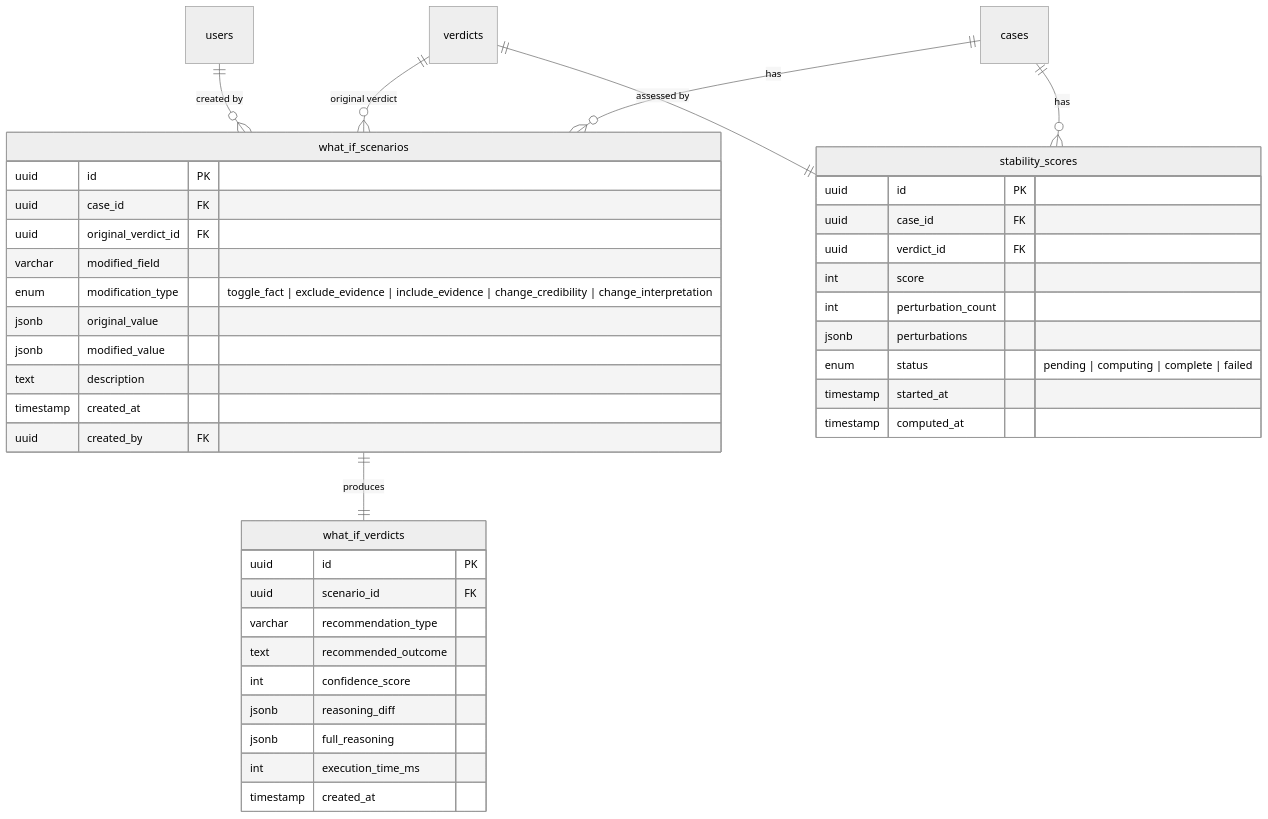
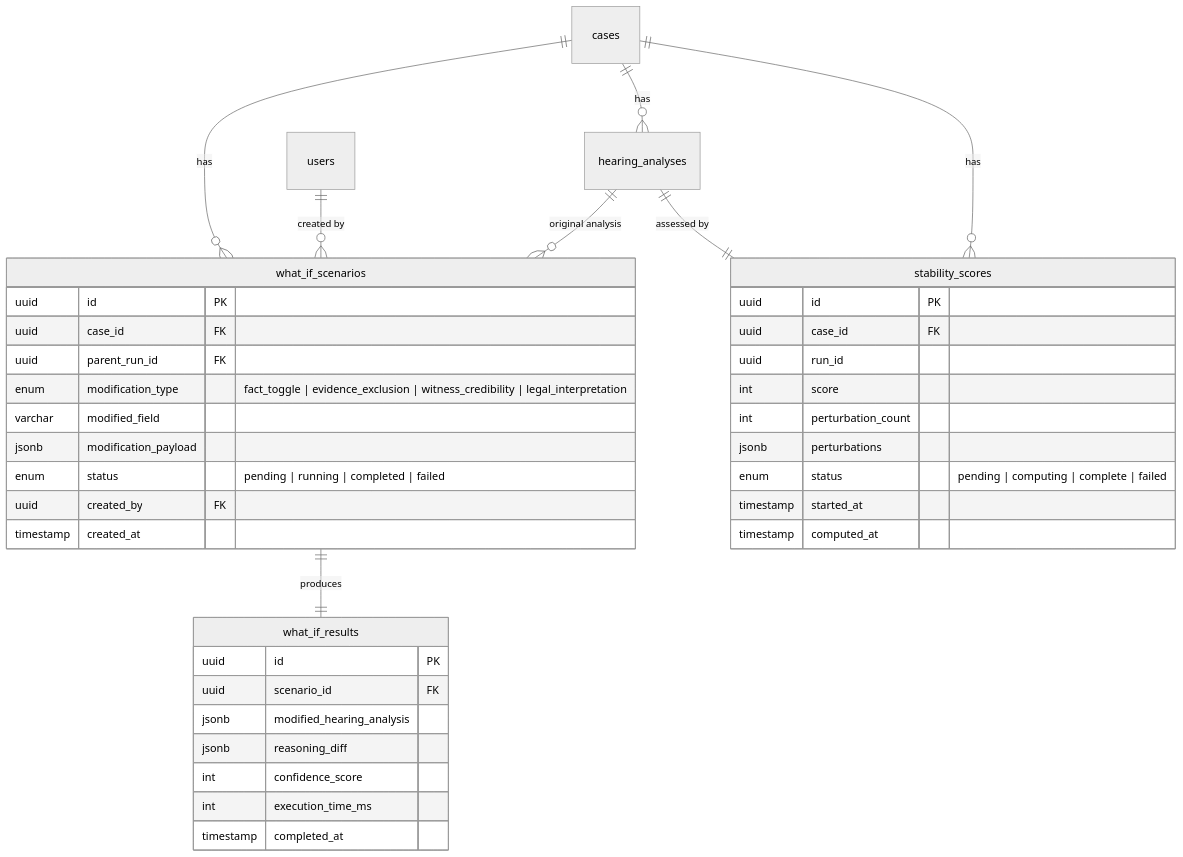
One commit to ShashankBagda/VerdictCouncil_Backend changed the first of 3 diagrams in docs/architecture/07-contestable-judgment-mode.md. Above: the diagram before and after it, drawn with Mermaid (neutral theme). The commit also changed other lines of this file and 8 other files, not shown here.

First line of the commit message:
docs: rewrite architecture docs for LangGraph stack

````diff
--- a/docs/architecture/07-contestable-judgment-mode.md
+++ b/docs/architecture/07-contestable-judgment-mode.md
@@ -237,46 +272,44 @@
 ```mermaid
 erDiagram
     cases ||--o{ what_if_scenarios : "has"
-    verdicts ||--o{ what_if_scenarios : "original verdict"
-    what_if_scenarios ||--|| what_if_verdicts : "produces"
+    cases ||--o{ hearing_analyses : "has"
+    hearing_analyses ||--o{ what_if_scenarios : "original analysis"
+    what_if_scenarios ||--|| what_if_results : "produces"
     cases ||--o{ stability_scores : "has"
-    verdicts ||--|| stability_scores : "assessed by"
+    hearing_analyses ||--|| stability_scores : "assessed by"
     users ||--o{ what_if_scenarios : "created by"
 
     what_if_scenarios {
         uuid id PK
         uuid case_id FK
-        uuid original_verdict_id FK
+        uuid parent_run_id FK
+        enum modification_type "fact_toggle | evidence_exclusion | witness_credibility | legal_interpretation"
         varchar modified_field
-        enum modification_type "toggle_fact | exclude_evidence | include_evidence | change_credibility | change_interpretation"
-        jsonb original_value
-        jsonb modified_value
-        text description
+        jsonb modification_payload
+        enum status "pending | running | completed | failed"
+        uuid created_by FK
         timestamp created_at
-        uuid created_by FK
     }
 
-    what_if_verdicts {
+    what_if_results {
         uuid id PK
         uuid scenario_id FK
-        varchar recommendation_type
-        text recommended_outcome
+        jsonb modified_hearing_analysis
+        jsonb reasoning_diff
         int confidence_score
-        jsonb reasoning_diff
-        jsonb full_reasoning
         int execution_time_ms
-        timestamp created_at
+        timestamp completed_at
     }
 
     stability_scores {
         uuid id PK
         uuid case_id FK
-        uuid verdict_id FK
+        uuid run_id
         int score
         int perturbation_count
         jsonb perturbations
         enum status "pending | computing | complete | failed"
         timestamp started_at
         timestamp computed_at
     }
 ```
````
